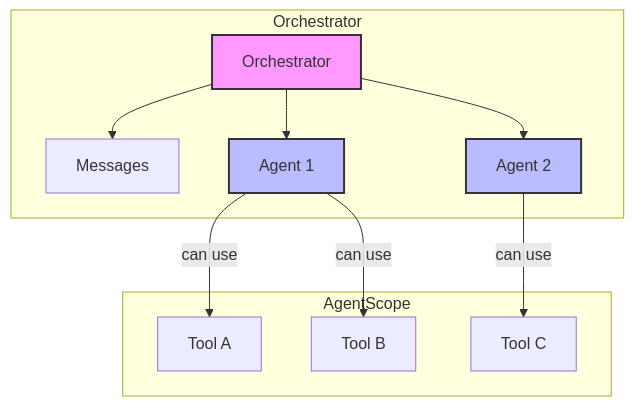
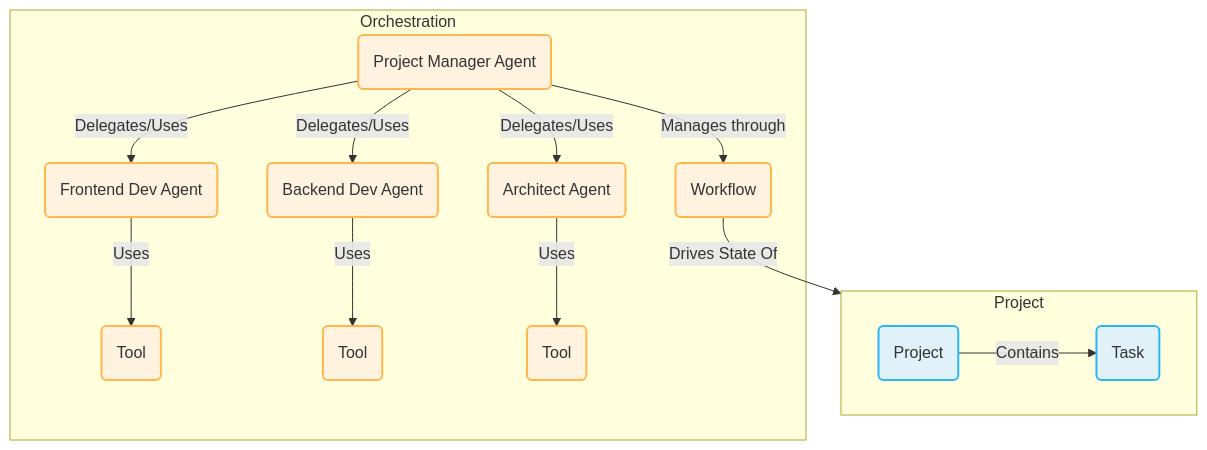
The diagram in README.md (l1x/crabitat), drawn with Mermaid before and after one commit. The commit also changed other lines of this file, not shown here.

````diff
--- a/README.md
+++ b/README.md
@@ -23,27 +9,24 @@
 ```mermaid
 graph TD
-    subgraph Orchestrator
-        O[Orchestrator]
-        M[Messages]
-        A1[Agent 1]
-        A2[Agent 2]
+    subgraph "Project"
+        direction LR
+        P(Project) -- "Contains" --> T(Task)
     end
 
-    subgraph AgentScope
-        T1[Tool A]
-        T2[Tool B]
-        T3[Tool C]
+    subgraph "Orchestration"
+        PM(Project Manager Agent) -- "Manages through" --> W(Workflow)
+        W -- "Drives State Of" --> T
+        PM -- "Delegates/Uses" --> A(Frontend Dev Agent)
+        PM -- "Delegates/Uses" --> B(Backend Dev Agent)
+        PM -- "Delegates/Uses" --> C(Architect Agent)
+        A -- "Uses" --> TL1(Tool)
+        B -- "Uses" --> TL2(Tool)
+        C -- "Uses" --> TL3(Tool)
     end
 
-    O --> M
-    O --> A1
-    O --> A2
+    classDef project-scope fill:#e0f2f7,stroke:#29b6f6,stroke-width:2px;
+    classDef orchestration-scope fill:#fff3e0,stroke:#ffb74d,stroke-width:2px;
 
-    A1 -- can use --> T1
-    A1 -- can use --> T2
-    A2 -- can use --> T3
-
-    style O fill:#f9f,stroke:#333,stroke-width:2px
-    style A1 fill:#bbf,stroke:#333,stroke-width:2px
-    style A2 fill:#bbf,stroke:#333,stroke-width:2px
+    class P,T project-scope;
+    class PM,W,A,B,C,TL1,TL2,TL3 orchestration-scope;
 ```
````
